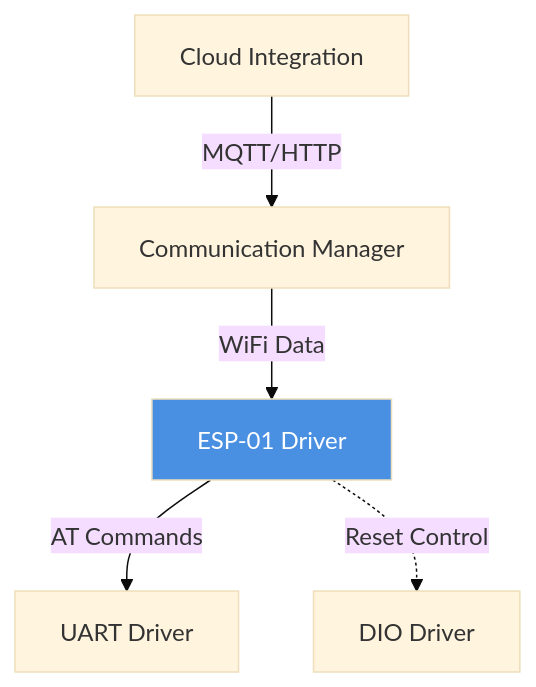
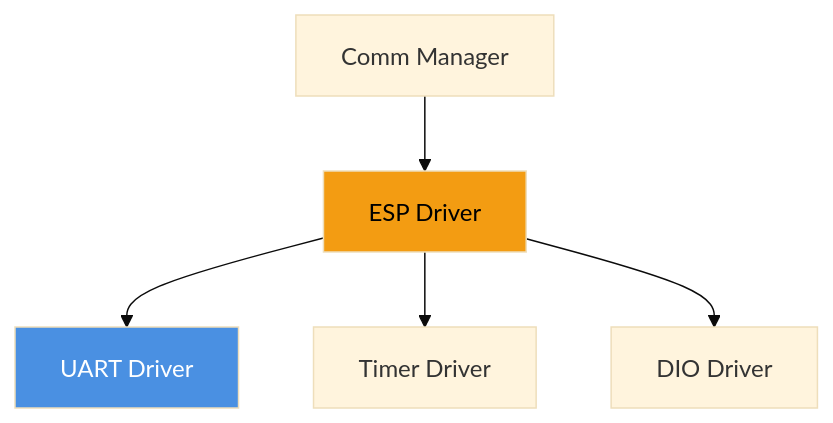
The fourth of 4 diagrams in Doc/Embedded/New/06_ImplementationDoc/Software_Layers/HAL_Layer/ESP01_WiFi/ESP01_Driver.md (Gestell-Solution/Smart_Energy_Management_System), drawn with Mermaid (base theme) before and after one commit. The commit also changed other lines of this file and 30 other files, not shown here.

````diff
--- a/Doc/Embedded/New/06_ImplementationDoc/Software_Layers/HAL_Layer/ESP01_WiFi/ESP01_Driver.md
+++ b/Doc/Embedded/New/06_ImplementationDoc/Software_Layers/HAL_Layer/ESP01_WiFi/ESP01_Driver.md
@@ -215,10 +279,11 @@
 ```mermaid
-graph TB
-    COMM[Communication Manager] -->|WiFi Data| ESP[ESP-01 Driver]
-    CLOUD[Cloud Integration] -->|MQTT/HTTP| COMM
+graph TD
+    ESP[ESP Driver] --> UART[UART Driver]
+    ESP --> TIM[Timer Driver]
+    ESP --> DIO[DIO Driver]
 
-    ESP -->|AT Commands| UART[UART Driver]
-    ESP -.->|Reset Control| DIO[DIO Driver]
+    APP[Comm Manager] --> ESP
 
-    style ESP fill:#4A90E2,color:#fff
+    style ESP fill:#F39C12,color:#000
+    style UART fill:#4A90E2,color:#fff
 ```
````
